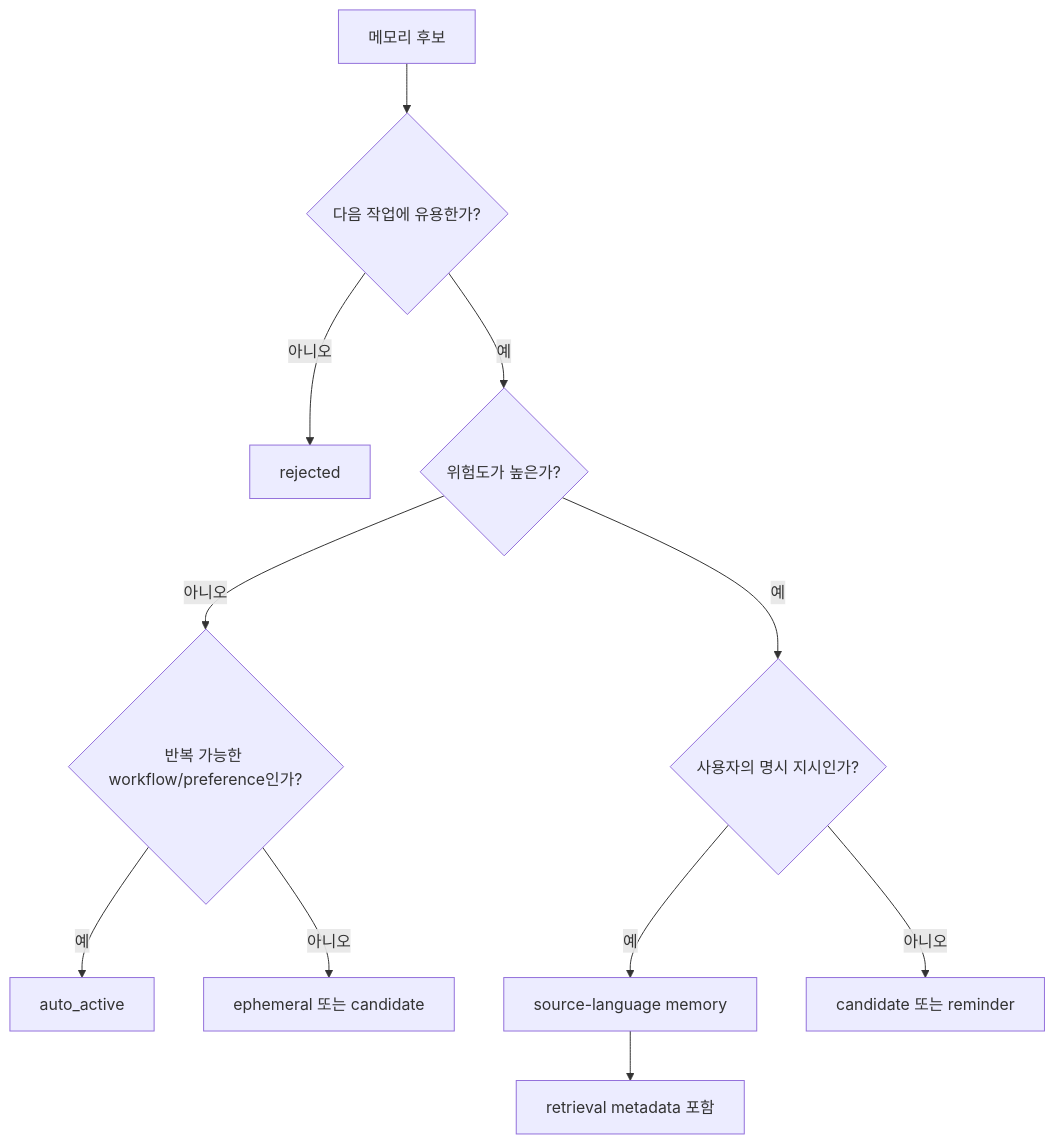
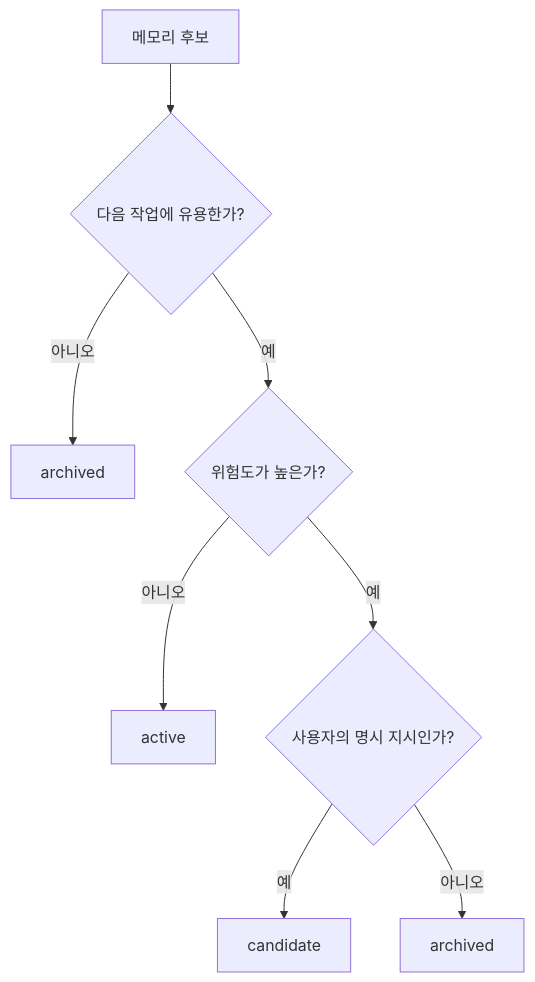
Before and after one commit to lteawoo/MemAssist: the seventh of 8 diagrams in README.md, drawn with Mermaid. The commit also changed other lines of this file and 22 other files, not shown here.

````diff
--- a/README.md
+++ b/README.md
@@ -361,13 +349,10 @@
 ```mermaid
 flowchart TD
     A[메모리 후보] --> B{다음 작업에 유용한가?}
-    B -->|아니오| C[rejected]
+    B -->|아니오| C[archived]
     B -->|예| D{위험도가 높은가?}
-    D -->|아니오| E{반복 가능한 workflow/preference인가?}
-    E -->|예| F[auto_active]
-    E -->|아니오| G[ephemeral 또는 candidate]
+    D -->|아니오| E[active]
     D -->|예| H{사용자의 명시 지시인가?}
-    H -->|예| I[source-language memory]
-    I --> J[retrieval metadata 포함]
-    H -->|아니오| M[candidate 또는 reminder]
+    H -->|예| I[candidate]
+    H -->|아니오| M[archived]
 ```
````
